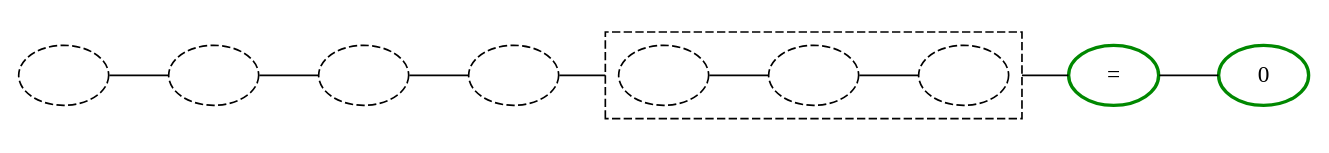
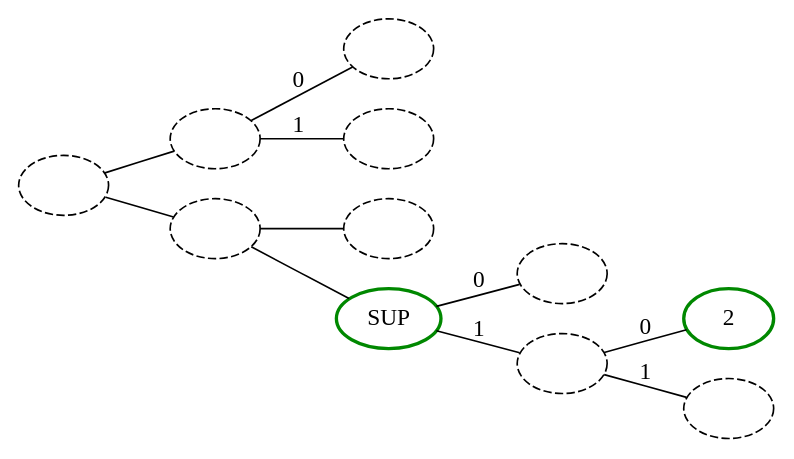
Before and after one commit to MattLangsenkamp/tangent-s: the diagram in bin/temporal_rerank_graph.gv, drawn with Graphviz. The commit also changed 2 other files, not shown here.

```diff
--- a/bin/temporal_rerank_graph.gv
+++ b/bin/temporal_rerank_graph.gv
@@ -1,27 +1,25 @@
 digraph expression{
             rankdir="LR";
             compound=true; edge [arrowhead=none];
         n_0[label="" style="dashed" color="#000000" fontcolor="#000000"];
  n_1[label="" style="dashed" color="#000000" fontcolor="#000000"];
  n_2[label="" style="dashed" color="#000000" fontcolor="#000000"];
  n_3[label="" style="dashed" color="#000000" fontcolor="#000000"];
- subgraph cluster4 {
- style= "dashed";
- color= "#000000";
- fontcolor= "#000000";
- label="";
-n_5[label="" style="dashed" color="#000000" fontcolor="#000000"];
- n_6[label="" style="dashed" color="#000000" fontcolor="#000000"];
+ n_4[label="" style="dashed" color="#000000" fontcolor="#000000"];
+ n_5[label="" style="dashed" color="#000000" fontcolor="#000000"];
+ n_6[label="SUP" style="bold" color="#008800" fontcolor="#000000"];
  n_7[label="" style="dashed" color="#000000" fontcolor="#000000"];
-n_6 -> n_7 [label="" weight="5" ];
- n_5 -> n_6 [label="" weight="5" ];
+ n_8[label="" style="dashed" color="#000000" fontcolor="#000000"];
+ n_9[label="2" style="bold" color="#008800" fontcolor="#000000"];
+ n_10[label="" style="dashed" color="#000000" fontcolor="#000000"];
+n_1 -> n_2 [label="0" ];
+ n_1 -> n_3 [label="1" ];
+ n_0 -> n_1 [label="" ];
+ n_4 -> n_5 [label="" ];
+ n_6 -> n_7 [label="0" ];
+ n_8 -> n_9 [label="0" ];
+ n_8 -> n_10 [label="1" ];
+ n_6 -> n_8 [label="1" ];
+ n_4 -> n_6 [label="" ];
+ n_0 -> n_4 [label="" ];
 }
- n_8[label="=" style="bold" color="#008800" fontcolor="#000000"];
- n_9[label="0" style="bold" color="#008800" fontcolor="#000000"];
-n_8 -> n_9 [label="" weight="5" ];
- n_7 -> n_8 [label="", ltail="cluster4" weight="5" ];
- n_3 -> n_5 [label="", lhead="cluster4" weight="5" ];
- n_2 -> n_3 [label="" weight="5" ];
- n_1 -> n_2 [label="" weight="5" ];
- n_0 -> n_1 [label="" weight="5" ];
-}
```
